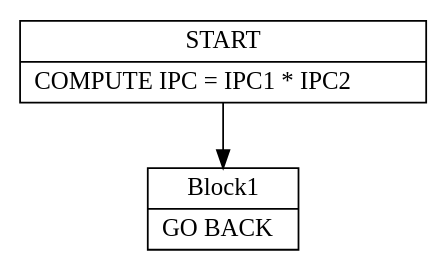
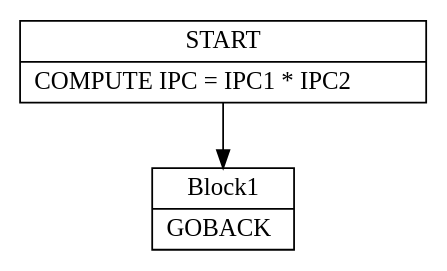
The diagram in TypeCobol.Analysis.Test/DotOutput/GoBack0.dot (TypeCobolTeam/TypeCobol), drawn with Graphviz before and after one commit. The commit also changed 14 other files, not shown here.

Commit message:
WI #1269 Keep on testing CFG dot graphs and visualization

```diff
--- a/TypeCobol.Analysis.Test/DotOutput/GoBack0.dot
+++ b/TypeCobol.Analysis.Test/DotOutput/GoBack0.dot
@@ -1,17 +1,17 @@
 digraph Cfg {
 node [
 shape = "record"
 ]
 
 edge [
 arrowtail = "empty"
 ]
 Block0 [
 label = "{START|   COMPUTE IPC = IPC1 * IPC2\l}"
 ]
 Block1 [
-label = "{Block1|   GO BACK\l}"
+label = "{Block1|   GOBACK\l}"
 ]
 Block0 -> Block1
 
 }
```
